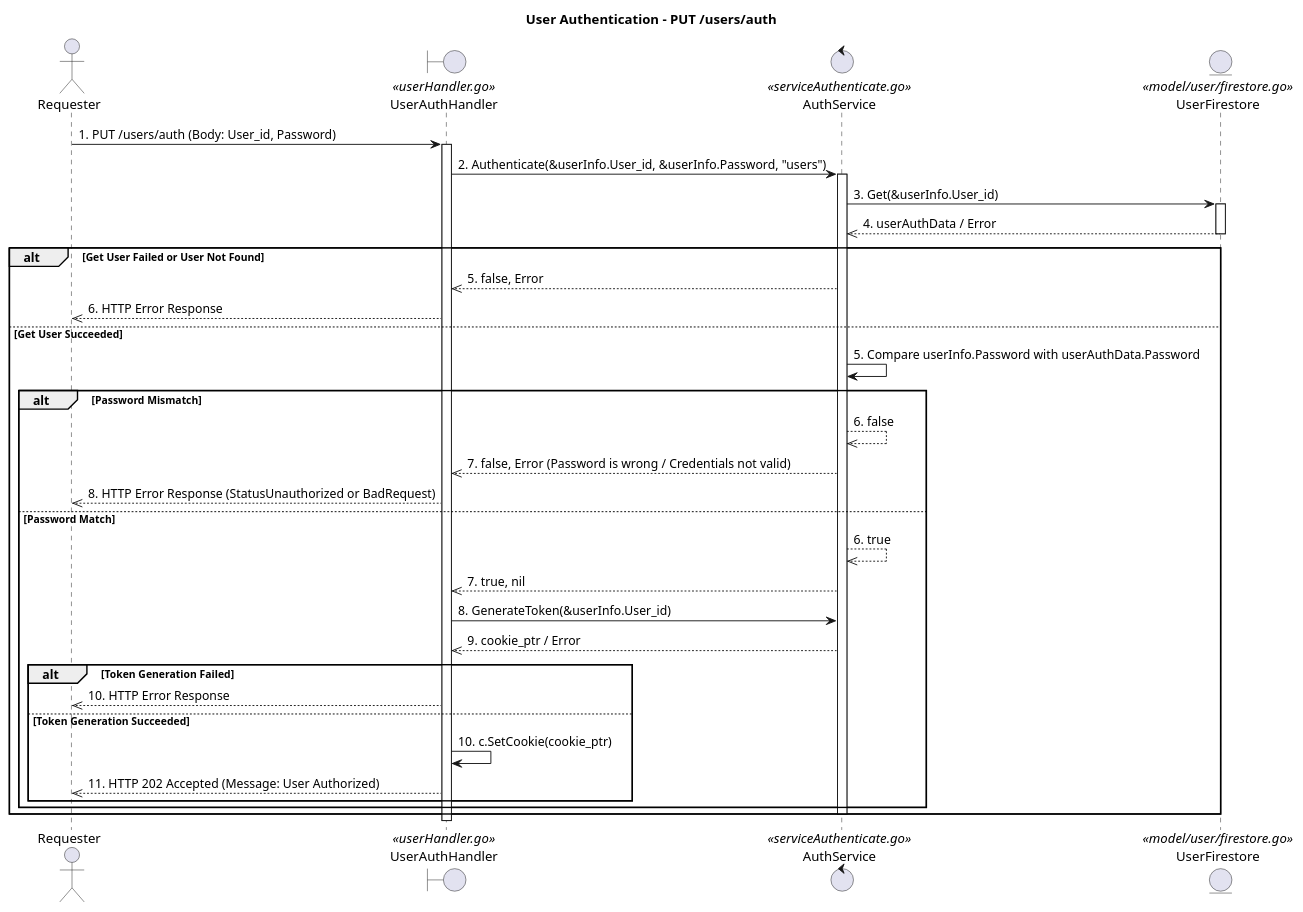
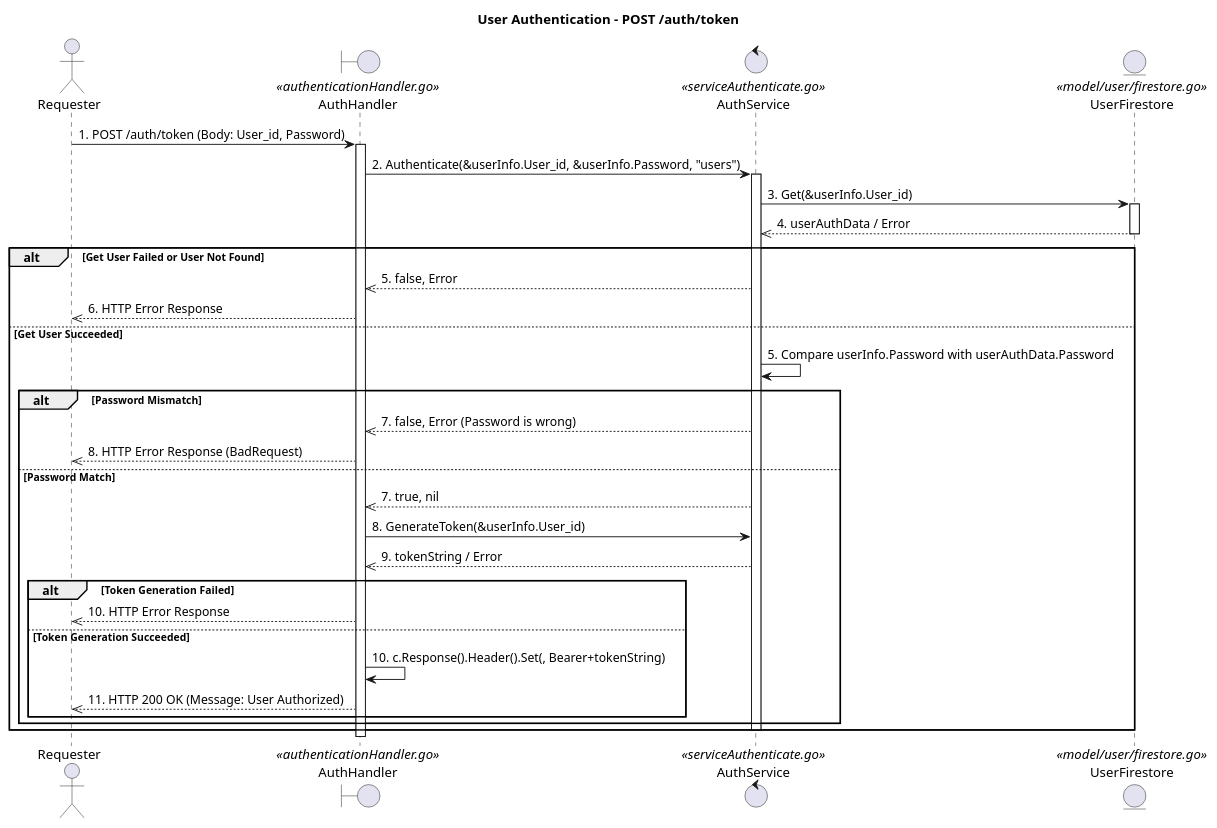
Before and after one commit to JulioKobayashiEbury/BankingAPI: the diagram in docs/Authentication and Authorization/SequenciaAuthentication.puml, drawn with PlantUML. The commit also changed 14 other files, not shown here.

Commit message:
[BnakingAPI][v1.2.7]     - Logging is now saved into file     - User service test Update is now functional

```diff
--- a/docs/Authentication and Authorization/SequenciaAuthentication.puml
+++ b/docs/Authentication and Authorization/SequenciaAuthentication.puml
@@ -1,47 +1,45 @@
 @startuml
-title User Authentication - PUT /users/auth
+title User Authentication - POST /auth/token
 
 actor Requester
-boundary UserAuthHandler <<userHandler.go>>
+boundary AuthHandler <<authenticationHandler.go>>
 control AuthService <<serviceAuthenticate.go>>
 entity UserFirestore <<model/user/firestore.go>>
 
-Requester -> UserAuthHandler : 1. PUT /users/auth (Body: User_id, Password)
-activate UserAuthHandler
+Requester -> AuthHandler : 1. POST /auth/token (Body: User_id, Password)
+activate AuthHandler
 
-UserAuthHandler -> AuthService : 2. Authenticate(&userInfo.User_id, &userInfo.Password, "users")
+AuthHandler -> AuthService : 2. Authenticate(&userInfo.User_id, &userInfo.Password, "users")
 activate AuthService
 AuthService -> UserFirestore : 3. Get(&userInfo.User_id)
 activate UserFirestore
 UserFirestore -->> AuthService : 4. userAuthData / Error
 deactivate UserFirestore
 
 alt Get User Failed or User Not Found
-    AuthService -->> UserAuthHandler : 5. false, Error
-    UserAuthHandler -->> Requester : 6. HTTP Error Response
+    AuthService -->> AuthHandler : 5. false, Error
+    AuthHandler -->> Requester : 6. HTTP Error Response
 else Get User Succeeded
     AuthService -> AuthService : 5. Compare userInfo.Password with userAuthData.Password
     alt Password Mismatch
-        AuthService -->> AuthService : 6. false
-        AuthService -->> UserAuthHandler : 7. false, Error (Password is wrong / Credentials not valid)
-        UserAuthHandler -->> Requester : 8. HTTP Error Response (StatusUnauthorized or BadRequest)
+        AuthService -->> AuthHandler : 7. false, Error (Password is wrong)
+        AuthHandler -->> Requester : 8. HTTP Error Response (BadRequest)
     else Password Match
-        AuthService -->> AuthService : 6. true
-        AuthService -->> UserAuthHandler : 7. true, nil
+        AuthService -->> AuthHandler : 7. true, nil
         
-        UserAuthHandler -> AuthService : 8. GenerateToken(&userInfo.User_id)
+        AuthHandler -> AuthService : 8. GenerateToken(&userInfo.User_id)
         ' AuthService was already active for Authenticate, can reuse or reactivate for GenerateToken
         ' For clarity, let's assume GenerateToken is a distinct activation phase if preferred
-        AuthService -->> UserAuthHandler : 9. cookie_ptr / Error
+        AuthService -->> AuthHandler : 9. tokenString / Error
         
         alt Token Generation Failed
-            UserAuthHandler -->> Requester : 10. HTTP Error Response
+            AuthHandler -->> Requester : 10. HTTP Error Response
         else Token Generation Succeeded
-            UserAuthHandler -> UserAuthHandler : 10. c.SetCookie(cookie_ptr)
-            UserAuthHandler -->> Requester : 11. HTTP 202 Accepted (Message: User Authorized)
+            AuthHandler -> AuthHandler : 10. c.Response().Header().Set(, Bearer+tokenString)
+            AuthHandler -->> Requester : 11. HTTP 200 OK (Message: User Authorized)
         end
     end
     deactivate AuthService
 end
-deactivate UserAuthHandler
+deactivate AuthHandler
 @enduml 
```
